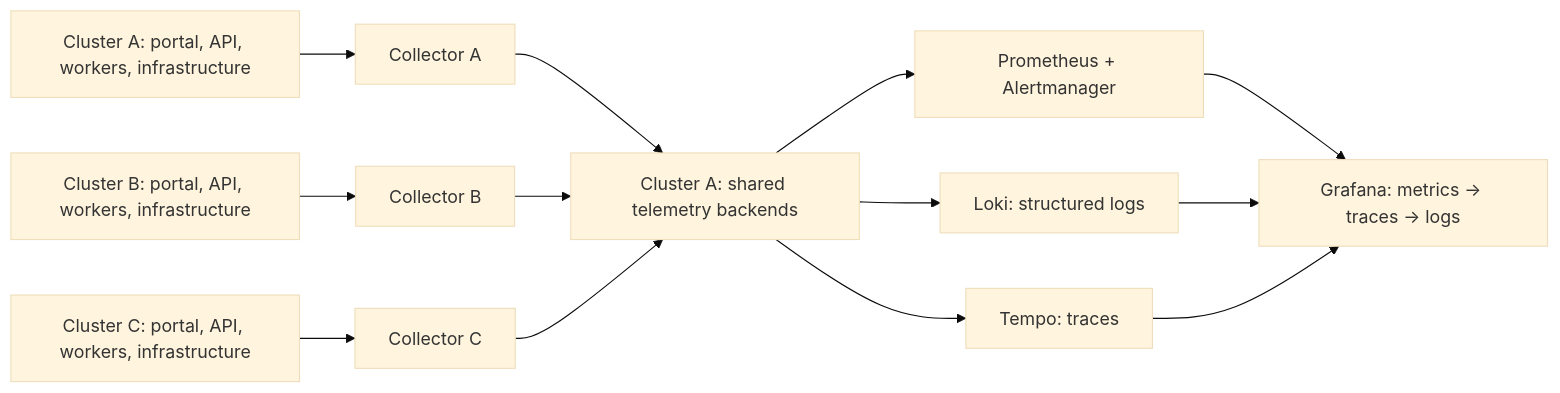
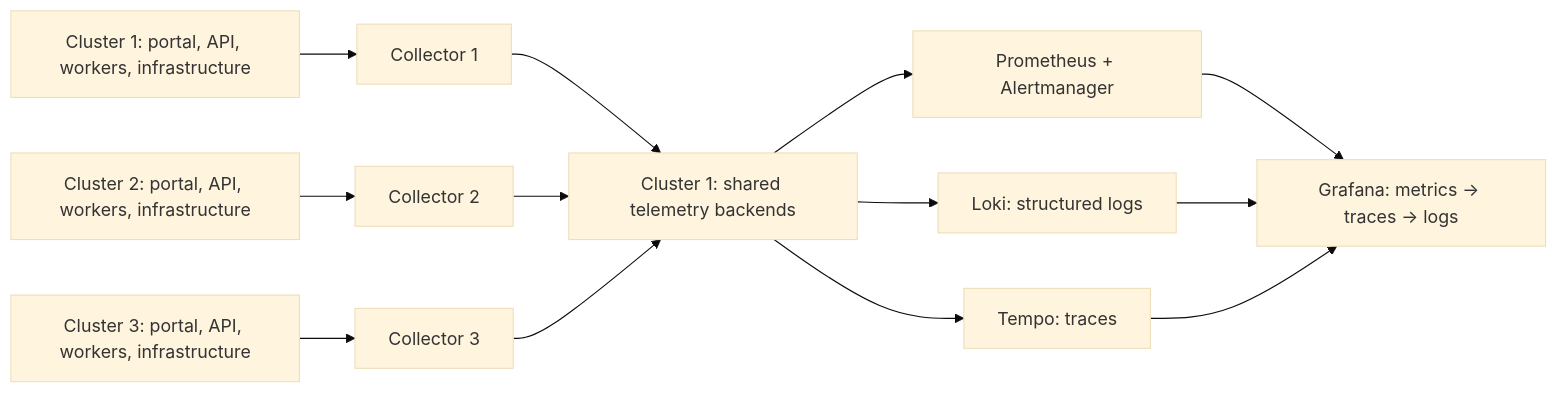
Before and after one commit to varunpathania86/realtime-payment-platform: the diagram in docs/adr/ADR-019-shared-observability-backends.md, drawn with Mermaid (base theme). The commit also changed other lines of this file and 198 other files, not shown here.

````diff
--- a/docs/adr/ADR-019-shared-observability-backends.md
+++ b/docs/adr/ADR-019-shared-observability-backends.md
@@ -29,11 +29,11 @@
 ```mermaid
 flowchart LR
-  A["Cluster A: portal, API, workers, infrastructure"] --> CA["Collector A"]
-  B["Cluster B: portal, API, workers, infrastructure"] --> CB["Collector B"]
-  C["Cluster C: portal, API, workers, infrastructure"] --> CC["Collector C"]
-  CA & CB & CC --> Shared["Cluster A: shared telemetry backends"]
+  Cluster1["Cluster 1: portal, API, workers, infrastructure"] --> Collector1["Collector 1"]
+  Cluster2["Cluster 2: portal, API, workers, infrastructure"] --> Collector2["Collector 2"]
+  Cluster3["Cluster 3: portal, API, workers, infrastructure"] --> Collector3["Collector 3"]
+  Collector1 & Collector2 & Collector3 --> Shared["Cluster 1: shared telemetry backends"]
   Shared --> Prom["Prometheus + Alertmanager"]
   Shared --> Loki["Loki: structured logs"]
   Shared --> Tempo["Tempo: traces"]
   Prom & Loki & Tempo --> Grafana["Grafana: metrics -> traces -> logs"]
 ```
````
